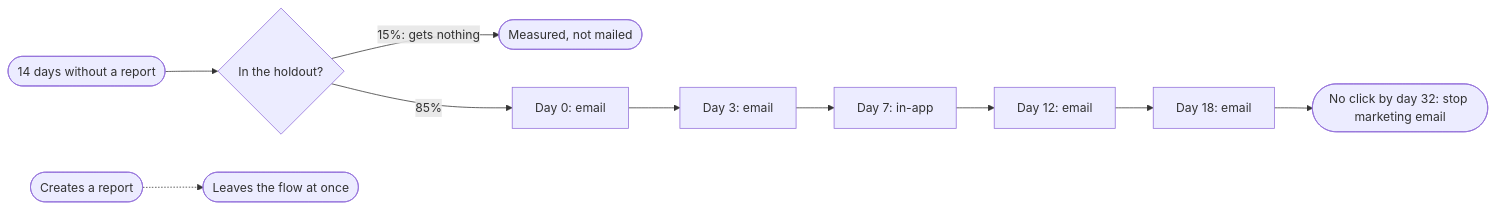
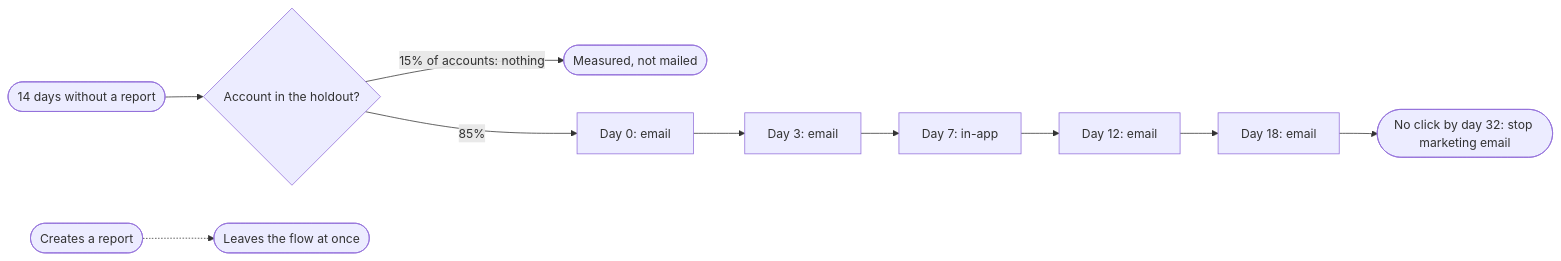
The diagram in README.md (kyle-olmstead/lifecycle-marketing-claude-engine), drawn with Mermaid before and after one commit. The commit also changed other lines of this file and 63 other files, not shown here.

````diff
--- a/README.md
+++ b/README.md
@@ -33,12 +33,12 @@
 ```mermaid
 flowchart LR
-  A(["14 days without a report"]) --> H{"In the holdout?"}
-  H -- "15%: gets nothing" --> X(["Measured, not mailed"])
+  A(["14 days without a report"]) --> H{"Account in the holdout?"}
+  H -- "15% of accounts: nothing" --> X(["Measured, not mailed"])
   H -- "85%" --> E1["Day 0: email"]
   E1 --> E2["Day 3: email"]
   E2 --> I3["Day 7: in-app"]
   I3 --> E4["Day 12: email"]
   E4 --> E5["Day 18: email"]
   E5 --> S(["No click by day 32: stop marketing email"])
   O(["Creates a report"]) -.-> D(["Leaves the flow at once"])
 ```
````
